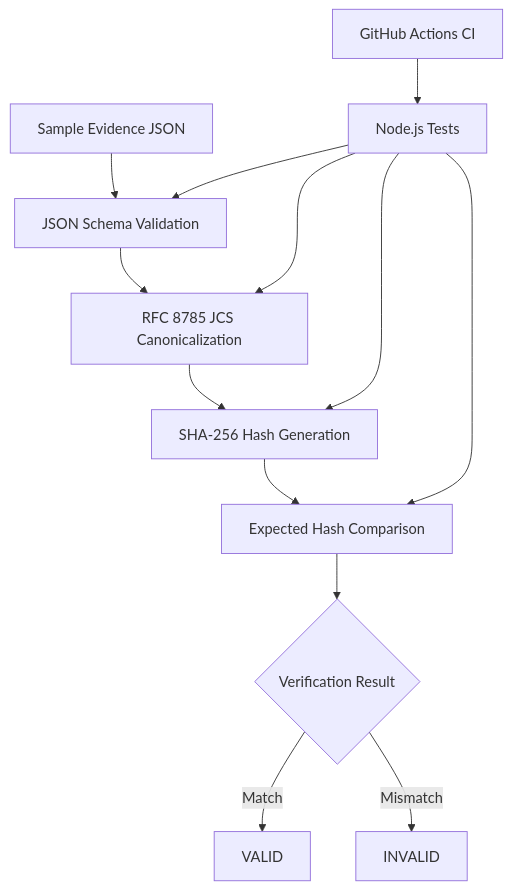
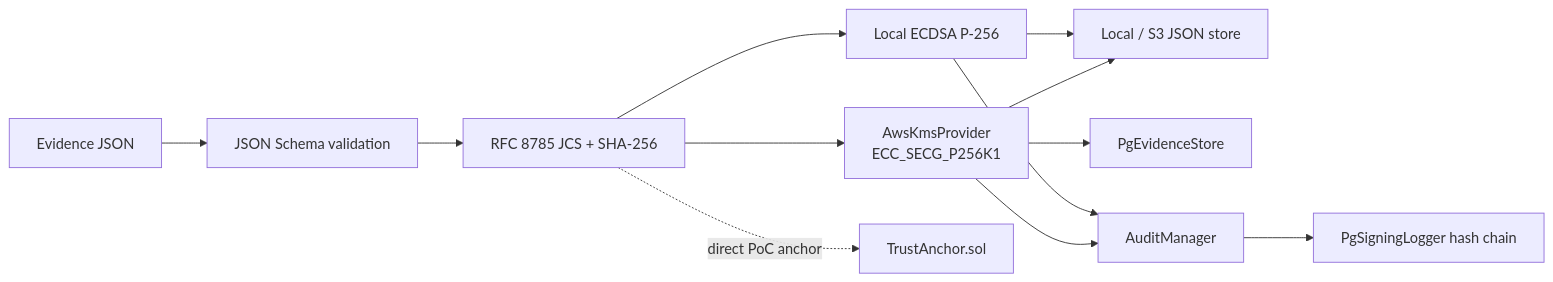
The first of 2 diagrams in docs/architecture-diagram.md (kognavi/tanden-trust-audit-poc), drawn with Mermaid before and after one commit. The commit also changed other lines of this file and 11 other files, not shown here.

Commit message:
docs: reconcile agent steering and architecture state (#131)

````diff
--- a/docs/architecture-diagram.md
+++ b/docs/architecture-diagram.md
@@ -19,17 +5,14 @@
 ```mermaid
-flowchart TD
-    A[Sample Evidence JSON] --> B[JSON Schema Validation]
-    B --> C[RFC 8785 JCS Canonicalization]
-    C --> D[SHA-256 Hash Generation]
-    D --> E[Expected Hash Comparison]
-    E --> F{Verification Result}
-    F -->|Match| G[VALID]
-    F -->|Mismatch| H[INVALID]
-
-    I[Node.js Tests] --> B
-    I --> C
-    I --> D
-    I --> E
-
-    J[GitHub Actions CI] --> I
+flowchart LR
+    E[Evidence JSON] --> V[JSON Schema validation]
+    V --> C[RFC 8785 JCS + SHA-256]
+    C --> LS[Local ECDSA P-256]
+    C --> KS[AwsKmsProvider<br/>ECC_SECG_P256K1]
+    LS --> ST[Local / S3 JSON store]
+    KS --> ST
+    KS --> PG[PgEvidenceStore]
+    LS --> AM[AuditManager]
+    KS --> AM
+    AM --> PL[PgSigningLogger hash chain]
+    C -. direct PoC anchor .-> WA[TrustAnchor.sol]
 ```
````
